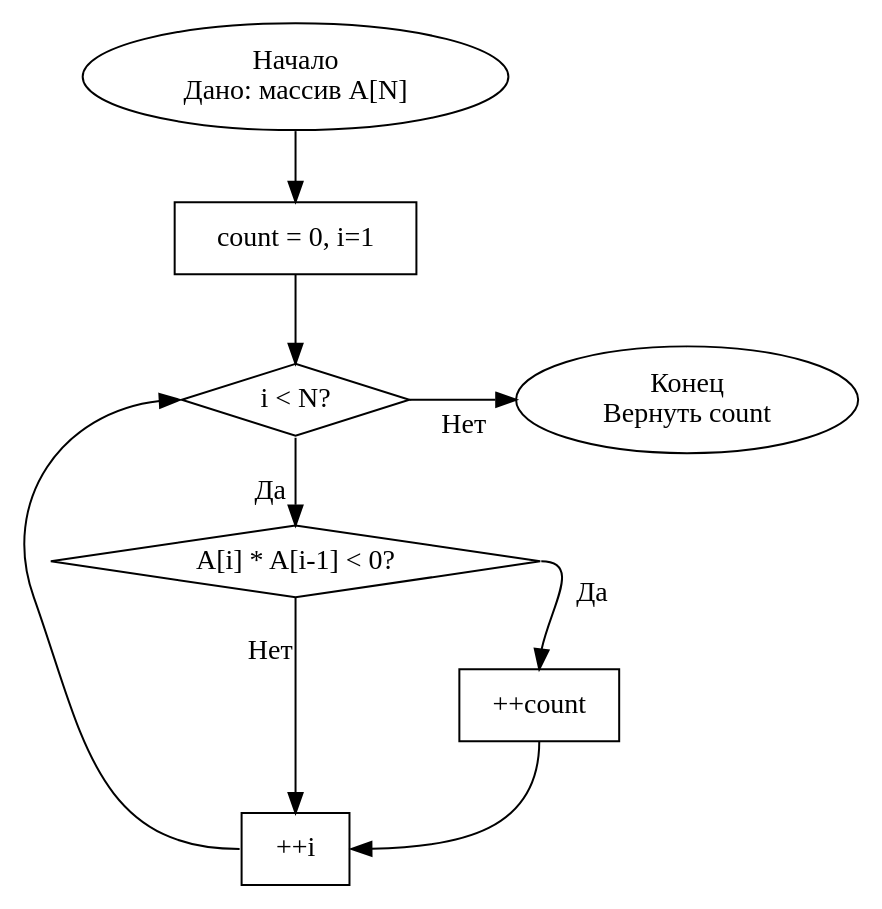
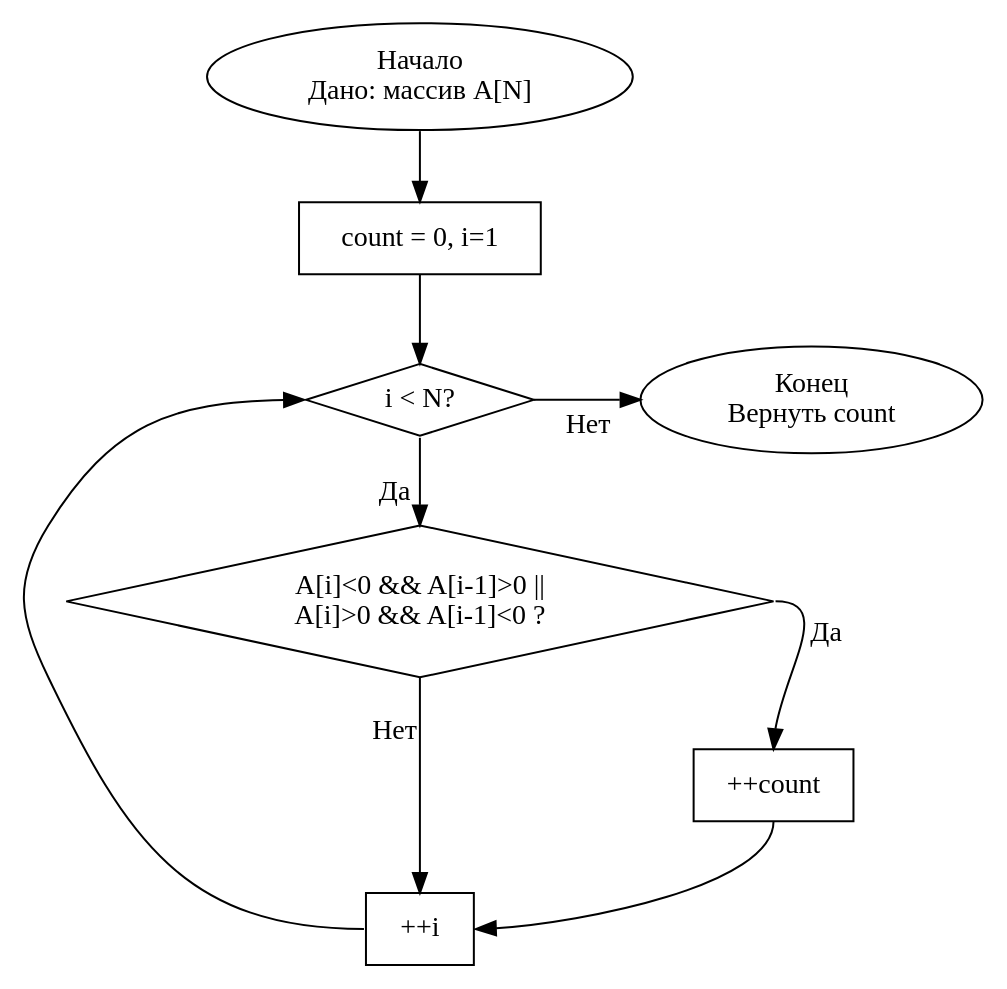
Before and after one commit to leonid-shevtsov/uni-programming: the diagram in lab1/flowchart/countNeighbors.dot, drawn with Graphviz. The commit also changed 1 other file, not shown here.

```diff
--- a/lab1/flowchart/countNeighbors.dot
+++ b/lab1/flowchart/countNeighbors.dot
@@ -1,28 +1,28 @@
 digraph countNeighbors {
   truecolor = true
   font = "Times New Roman"
   node [shape = box]
   edge [weight = 1, labeldistance = 3]
 
   start [ label="Начало\nДано: массив A[N]", shape = ellipse]
     
   n1 [ label= "count = 0, i=1" ]
   subgraph gg1 {
     rank=same;
     n2 [ label= "i < N?", shape = diamond, group = g1]
     end [ label="Конец\nВернуть count", shape = ellipse, group=g1 ]
   }
-  n3 [ label= "A[i] * A[i-1] < 0?", shape = diamond ]
+  n3 [ label= "A[i]<0 && A[i-1]>0 ||\n A[i]>0 && A[i-1]<0 ? ", shape = diamond ]
   n4 [ label= "++count"]
   n5 [ label="++i"]
   
 
   start -> n1
   n1 -> n2
   n2:s -> n3:n [taillabel = "Да", weight = 10]
   n2:e -> end:w [ taillabel = "Нет", minlen = 3]
   n3:e -> n4:n [taillabel = "Да", weight = 10]
   n4:s -> n5:e
   n3:s -> n5:n [taillabel = "Нет", weight = 10]
   n5:w -> n2:w
 }
```
